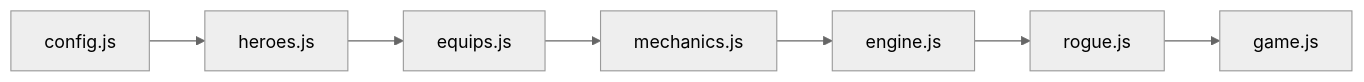
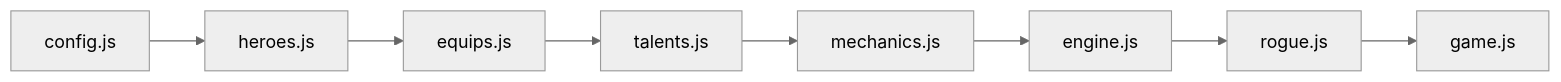
The second of 5 diagrams in CODE_STRUCTURE.md (Gdewu/Crazy-Fight), drawn with Mermaid (neutral theme) before and after one commit. The commit also changed other lines of this file and 1 other file, not shown here.

````diff
--- a/CODE_STRUCTURE.md
+++ b/CODE_STRUCTURE.md
@@ -106,4 +107,4 @@
 ```mermaid
 flowchart LR
-    CFG["config.js"] --> HER["heroes.js"] --> EQP["equips.js"] --> MEC["mechanics.js"] --> ENG["engine.js"] --> ROG["rogue.js"] --> GAM["game.js"]
+    CFG["config.js"] --> HER["heroes.js"] --> EQP["equips.js"] --> TAL["talents.js"] --> MEC["mechanics.js"] --> ENG["engine.js"] --> ROG["rogue.js"] --> GAM["game.js"]
 ```
````
